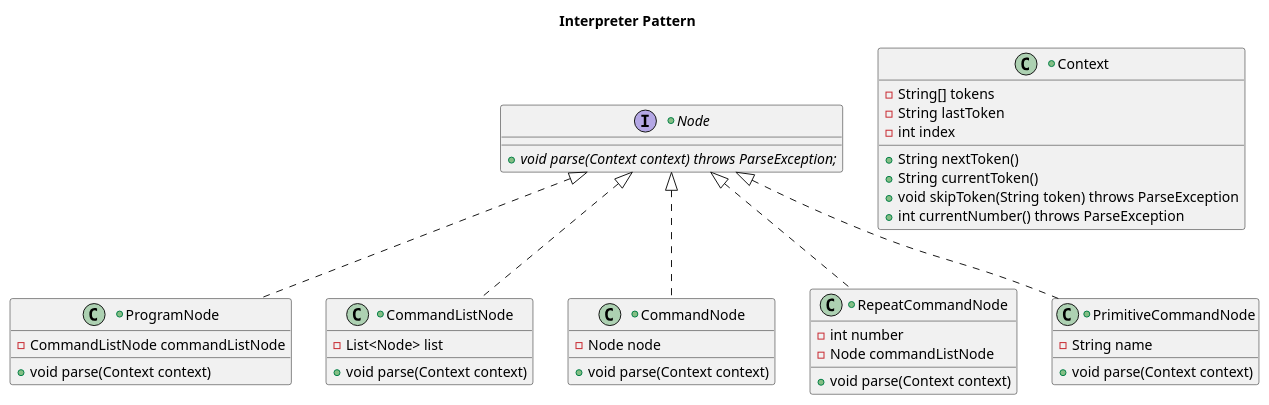
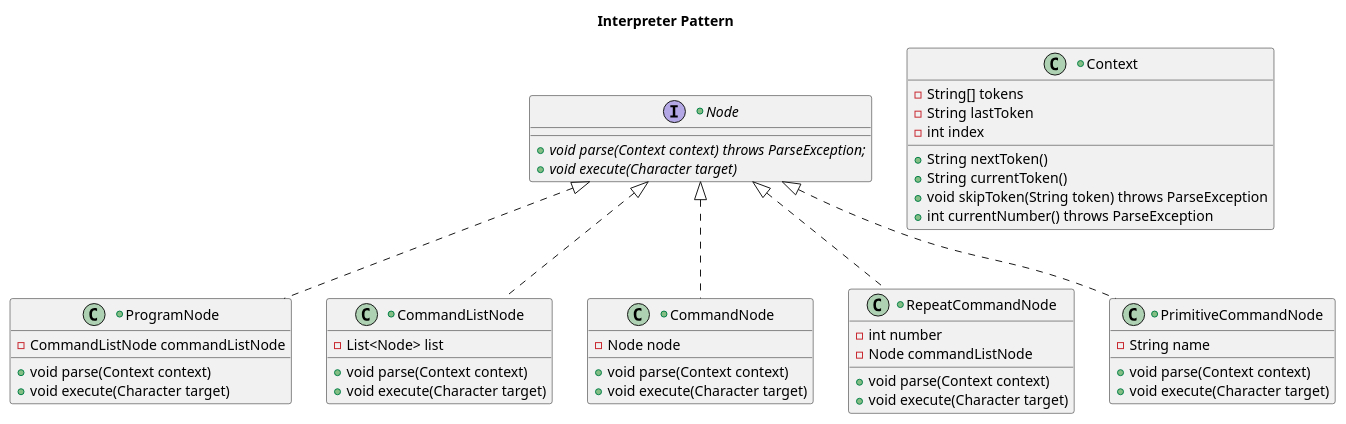
The diagram in UML/interpreter.pu (Shukupon/design-patterns), drawn with PlantUML before and after one commit.

Commit message:
Interpreter PatternのUMLを修正

```diff
--- a/UML/interpreter.pu
+++ b/UML/interpreter.pu
@@ -1,45 +1,51 @@
 @startuml
 title  Interpreter Pattern
 
 +interface Node {
     + {abstract} void parse(Context context) throws ParseException;
+    + {abstract} void execute(Character target)
 }
 
 +class ProgramNode implements Node {
     - CommandListNode commandListNode
     + void parse(Context context)
+    + void execute(Character target)
 }
 
 +class CommandListNode implements Node {
     - List<Node> list
     + void parse(Context context)
+    + void execute(Character target)
 }
 
 +class CommandNode implements Node {
     - Node node
     + void parse(Context context)
+    + void execute(Character target)
 }
 
 +class RepeatCommandNode implements Node {
     - int number
     - Node commandListNode
     + void parse(Context context)
+    + void execute(Character target)
 }
 
 +class PrimitiveCommandNode implements Node {
     - String name
     + void parse(Context context)
+    + void execute(Character target)
 }
 
 +class Context {
     - String[] tokens
     - String lastToken
     - int index
     + String nextToken()
     + String currentToken()
     + void skipToken(String token) throws ParseException
     + int currentNumber() throws ParseException
 }
 
 
 @enduml
```
